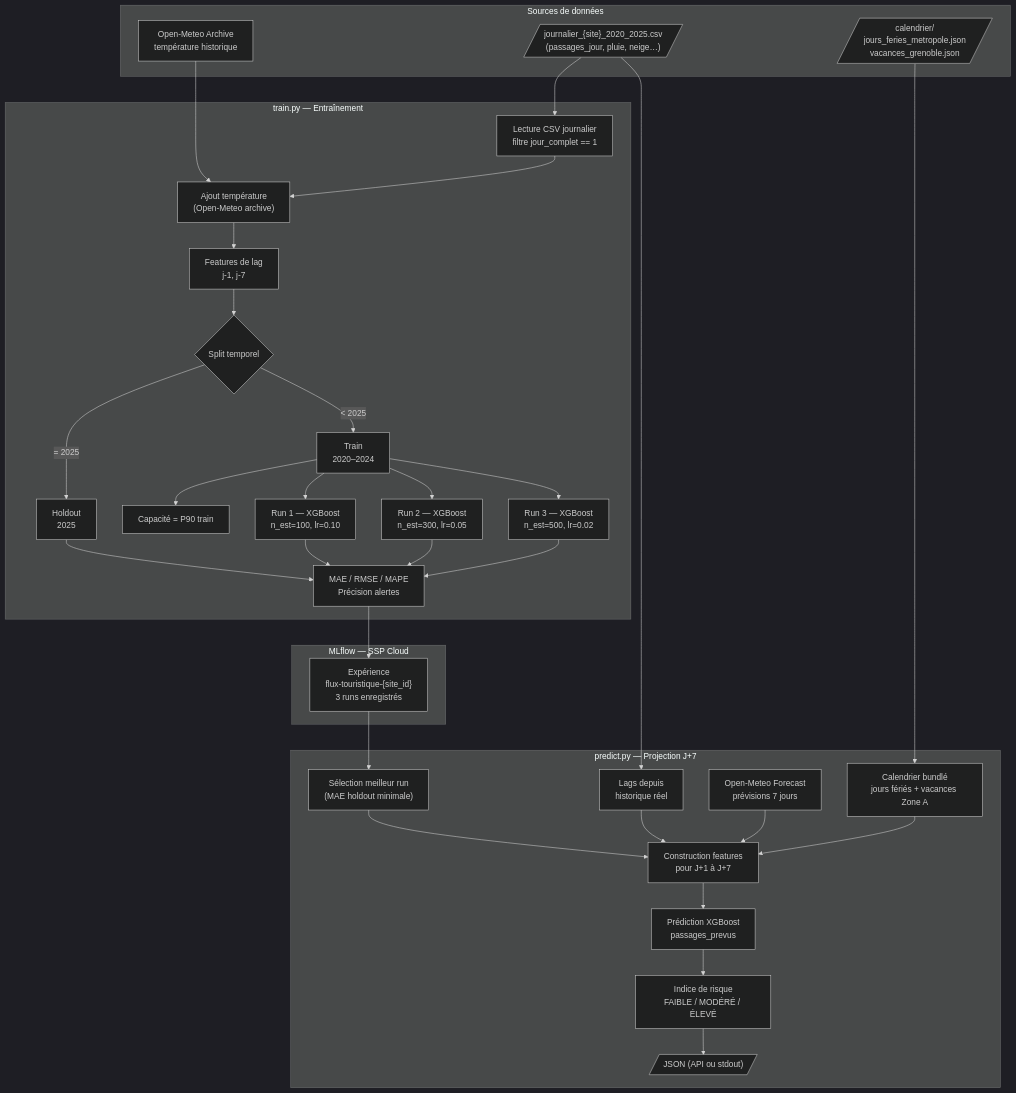
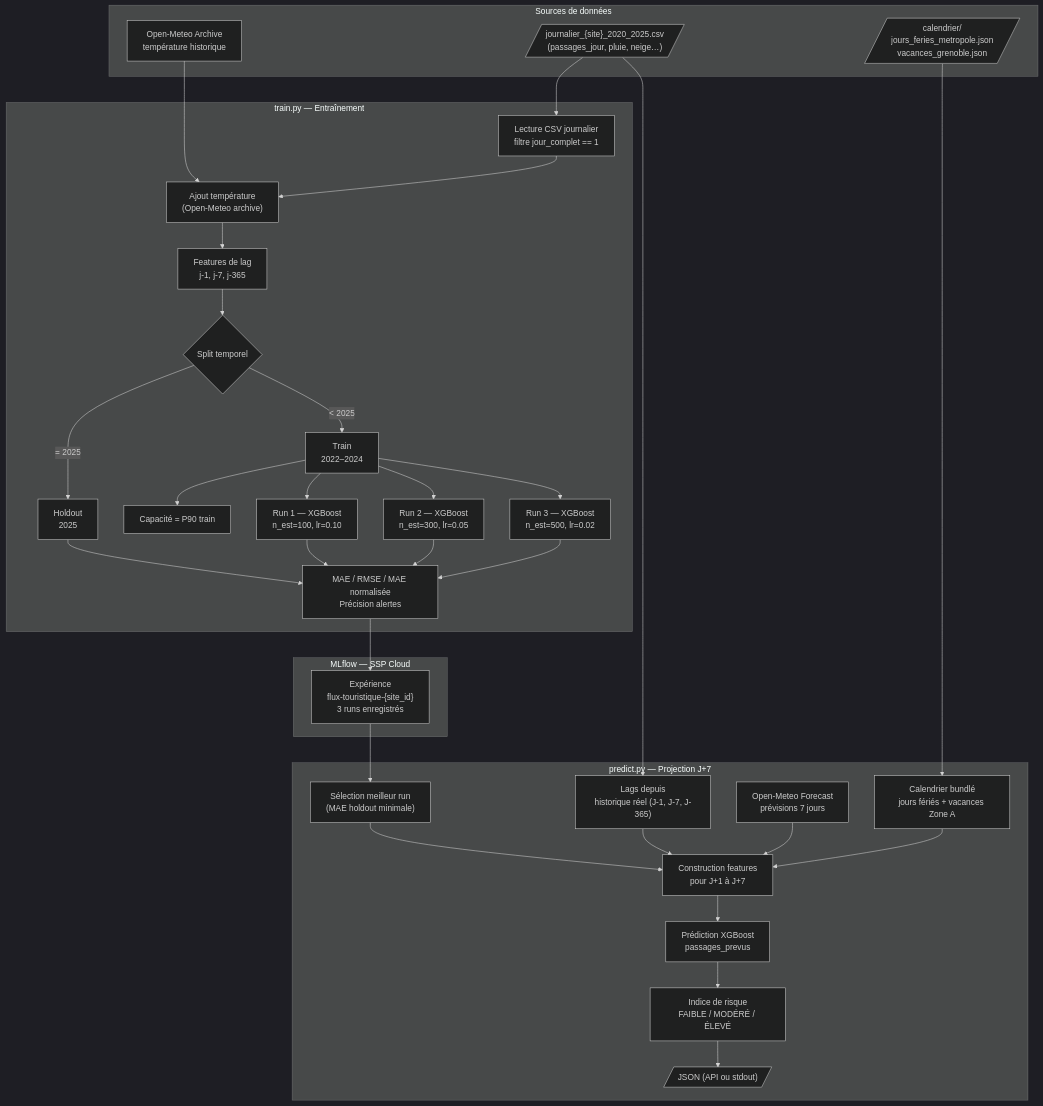
Before and after one commit to Claken/HACKATHON-DGE: the diagram in src/docs/pipeline_ml.md, drawn with Mermaid (dark theme). The commit also changed other lines of this file and 4 other files, not shown here.

First line of the commit message:
feat(ml): exclude COVID years, add J-365 lag, log-transform target, replace MAPE

````diff
--- a/src/docs/pipeline_ml.md
+++ b/src/docs/pipeline_ml.md
@@ -25,61 +25,61 @@
 ```mermaid
 flowchart TD
     subgraph DONNÉES["Sources de données"]
         CSV_J[/"journalier_{site}_2020_2025.csv\n(passages_jour, pluie, neige…)"/]
         API_TEMP["Open-Meteo Archive\ntempérature historique"]
         CAL_JSON[/"calendrier/\njours_feries_metropole.json\nvacances_grenoble.json"/]
     end
 
     subgraph TRAIN["train.py — Entraînement"]
         T1["Lecture CSV journalier\nfiltre jour_complet == 1"]
         T2["Ajout température\n(Open-Meteo archive)"]
-        T3["Features de lag\nj-1, j-7"]
+        T3["Features de lag\nj-1, j-7, j-365"]
         T4{"Split temporel"}
-        T5["Train\n2020–2024"]
+        T5["Train\n2022–2024"]
         T6["Holdout\n2025"]
         T7["Capacité = P90 train"]
         T8["Run 1 — XGBoost\nn_est=100, lr=0.10"]
         T9["Run 2 — XGBoost\nn_est=300, lr=0.05"]
         T10["Run 3 — XGBoost\nn_est=500, lr=0.02"]
-        T11["MAE / RMSE / MAPE\nPrécision alertes"]
+        T11["MAE / RMSE / MAE normalisée\nPrécision alertes"]
     end
 
     subgraph MLFLOW["MLflow — SSP Cloud"]
         ML["Expérience\nflux-touristique-{site_id}\n3 runs enregistrés"]
     end
 
     subgraph PREDICT["predict.py — Projection J+7"]
         P1["Sélection meilleur run\n(MAE holdout minimale)"]
-        P2["Lags depuis\nhistorique réel"]
+        P2["Lags depuis\nhistorique réel (J-1, J-7, J-365)"]
         P3["Open-Meteo Forecast\nprévisions 7 jours"]
         P4["Calendrier bundlé\njours fériés + vacances Zone A"]
         P5["Construction features\npour J+1 à J+7"]
         P6["Prédiction XGBoost\npassages_prevus"]
         P7["Indice de risque\nFAIBLE / MODÉRÉ / ÉLEVÉ"]
         P8[/"JSON (API ou stdout)"/]
     end
 
     CSV_J --> T1
     API_TEMP --> T2
     T1 --> T2
     T2 --> T3
     T3 --> T4
     T4 -->|"< 2025"| T5
     T4 -->|"= 2025"| T6
     T5 --> T7
     T5 --> T8 & T9 & T10
     T6 --> T11
     T8 & T9 & T10 --> T11
     T11 --> ML
 
     ML --> P1
     CSV_J --> P2
     CAL_JSON --> P4
     P1 --> P5
     P2 --> P5
     P3 --> P5
     P4 --> P5
     P5 --> P6
     P6 --> P7
     P7 --> P8
 ```
````
